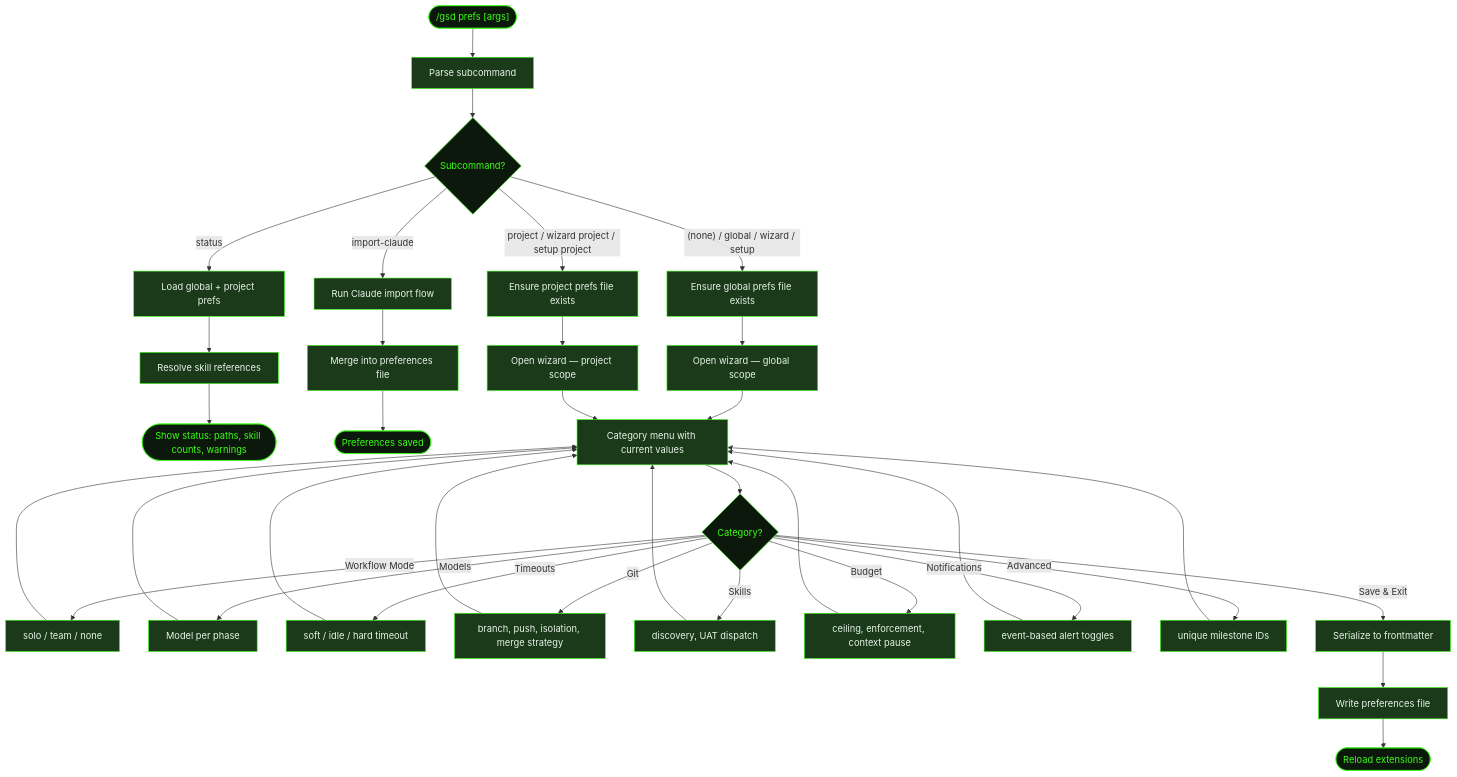
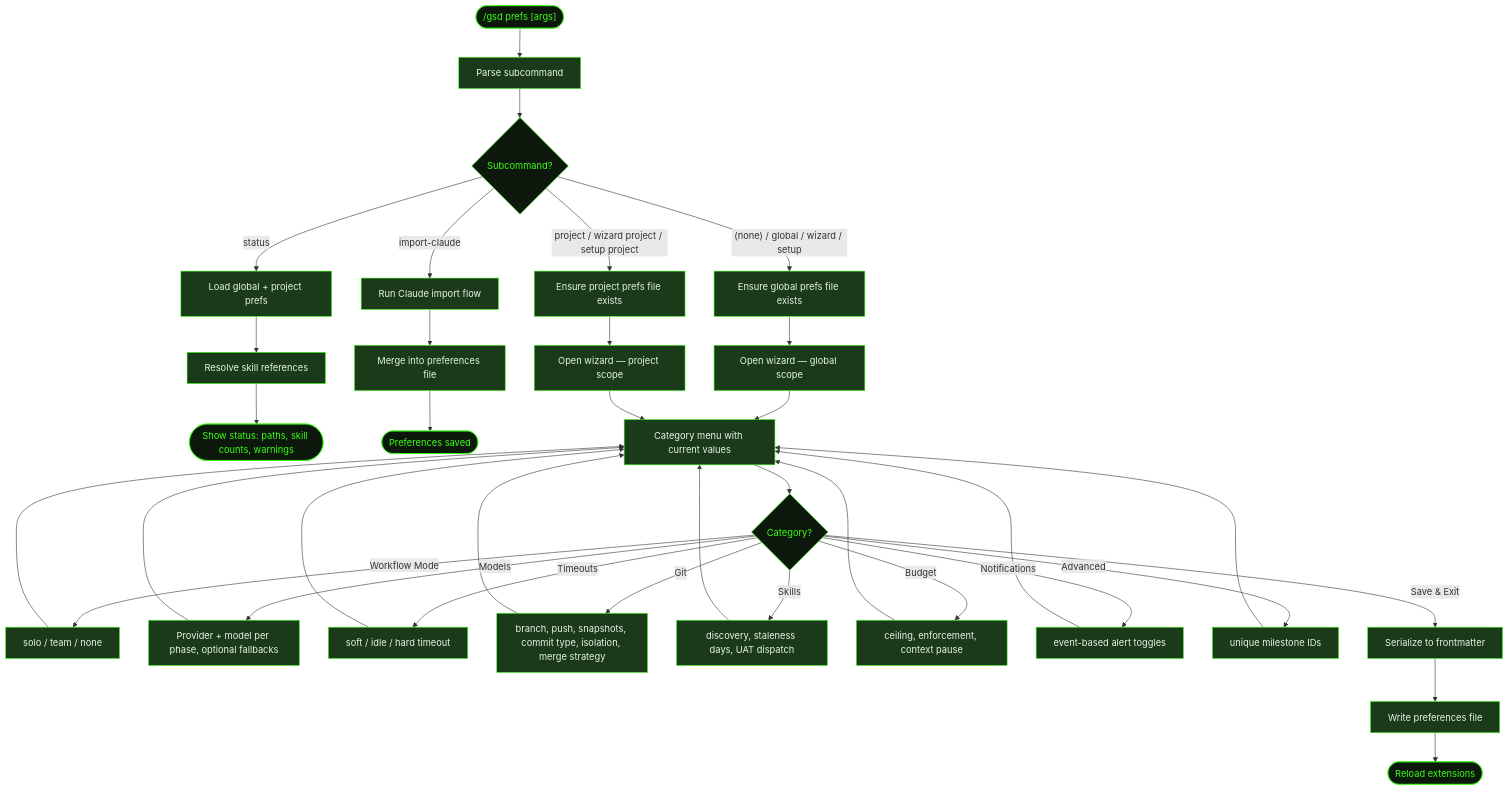
The diagram in src/content/docs/commands/prefs.mdx (shusha-group/gsd2-guide), drawn with Mermaid before and after one commit. The commit also changed other lines of this file and 79 other files, not shown here.

````diff
--- a/src/content/docs/commands/prefs.mdx
+++ b/src/content/docs/commands/prefs.mdx
@@ -30,71 +30,71 @@
 ```mermaid
 flowchart TD
     Start(["/gsd prefs [args]"]) --> Parse[Parse subcommand]
     Parse --> Route{Subcommand?}
 
     Route -->|"(none) / global / wizard / setup"| EnsureG[Ensure global prefs file exists]
     EnsureG --> WizG[Open wizard — global scope]
 
     Route -->|"project / wizard project / setup project"| EnsureP[Ensure project prefs file exists]
     EnsureP --> WizP[Open wizard — project scope]
 
     Route -->|status| LoadBoth[Load global + project prefs]
     LoadBoth --> Resolve[Resolve skill references]
     Resolve --> Display([Show status: paths, skill counts, warnings])
 
     Route -->|import-claude| Import[Run Claude import flow]
     Import --> Merge[Merge into preferences file]
     Merge --> Saved([Preferences saved])
 
     WizG --> Menu[Category menu with current values]
     WizP --> Menu
 
     Menu --> Cat{Category?}
     Cat -->|Workflow Mode| CfgMode[solo / team / none]
-    Cat -->|Models| CfgModels[Model per phase]
+    Cat -->|Models| CfgModels[Provider + model per phase, optional fallbacks]
     Cat -->|Timeouts| CfgTime[soft / idle / hard timeout]
-    Cat -->|Git| CfgGit[branch, push, isolation, merge strategy]
-    Cat -->|Skills| CfgSkills[discovery, UAT dispatch]
+    Cat -->|Git| CfgGit[branch, push, snapshots, commit type, isolation, merge strategy]
+    Cat -->|Skills| CfgSkills[discovery, staleness days, UAT dispatch]
     Cat -->|Budget| CfgBudget[ceiling, enforcement, context pause]
     Cat -->|Notifications| CfgNotify[event-based alert toggles]
     Cat -->|Advanced| CfgAdv[unique milestone IDs]
     Cat -->|Save & Exit| Save[Serialize to frontmatter]
 
     CfgMode --> Menu
     CfgModels --> Menu
     CfgTime --> Menu
     CfgGit --> Menu
     CfgSkills --> Menu
     CfgBudget --> Menu
     CfgNotify --> Menu
     CfgAdv --> Menu
     Save --> Write[Write preferences file]
     Write --> Reload([Reload extensions])
 
     style Start fill:#0d180d,stroke:#39ff14,color:#39ff14
     style Route fill:#0d180d,stroke:#39ff14,color:#39ff14
     style Cat fill:#0d180d,stroke:#39ff14,color:#39ff14
     style Parse fill:#1a3a1a,stroke:#39ff14,color:#e8f4e8
     style EnsureG fill:#1a3a1a,stroke:#39ff14,color:#e8f4e8
     style EnsureP fill:#1a3a1a,stroke:#39ff14,color:#e8f4e8
     style WizG fill:#1a3a1a,stroke:#39ff14,color:#e8f4e8
     style WizP fill:#1a3a1a,stroke:#39ff14,color:#e8f4e8
     style Menu fill:#1a3a1a,stroke:#39ff14,color:#e8f4e8
     style LoadBoth fill:#1a3a1a,stroke:#39ff14,color:#e8f4e8
     style Resolve fill:#1a3a1a,stroke:#39ff14,color:#e8f4e8
     style Import fill:#1a3a1a,stroke:#39ff14,color:#e8f4e8
     style Merge fill:#1a3a1a,stroke:#39ff14,color:#e8f4e8
     style CfgMode fill:#1a3a1a,stroke:#39ff14,color:#e8f4e8
     style CfgModels fill:#1a3a1a,stroke:#39ff14,color:#e8f4e8
     style CfgTime fill:#1a3a1a,stroke:#39ff14,color:#e8f4e8
     style CfgGit fill:#1a3a1a,stroke:#39ff14,color:#e8f4e8
     style CfgSkills fill:#1a3a1a,stroke:#39ff14,color:#e8f4e8
     style CfgBudget fill:#1a3a1a,stroke:#39ff14,color:#e8f4e8
     style CfgNotify fill:#1a3a1a,stroke:#39ff14,color:#e8f4e8
     style CfgAdv fill:#1a3a1a,stroke:#39ff14,color:#e8f4e8
     style Save fill:#1a3a1a,stroke:#39ff14,color:#e8f4e8
     style Write fill:#1a3a1a,stroke:#39ff14,color:#e8f4e8
     style Display fill:#0d180d,stroke:#39ff14,color:#39ff14
     style Saved fill:#0d180d,stroke:#39ff14,color:#39ff14
     style Reload fill:#0d180d,stroke:#39ff14,color:#39ff14
 ```
````
